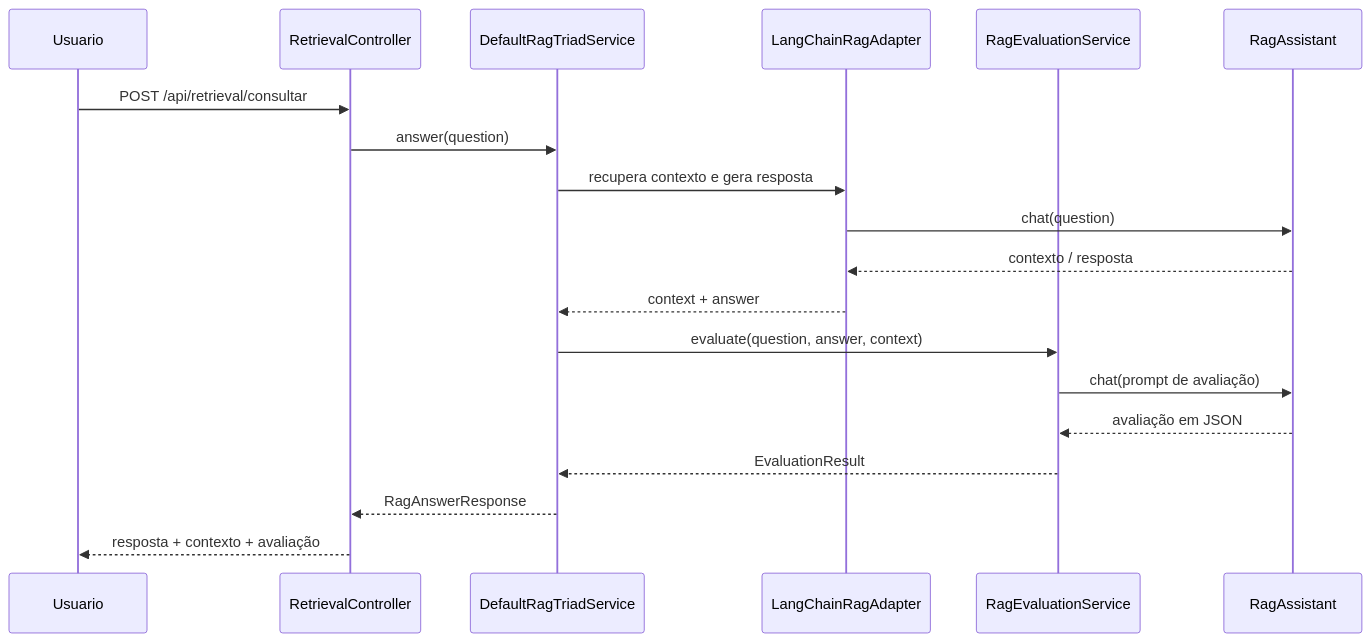
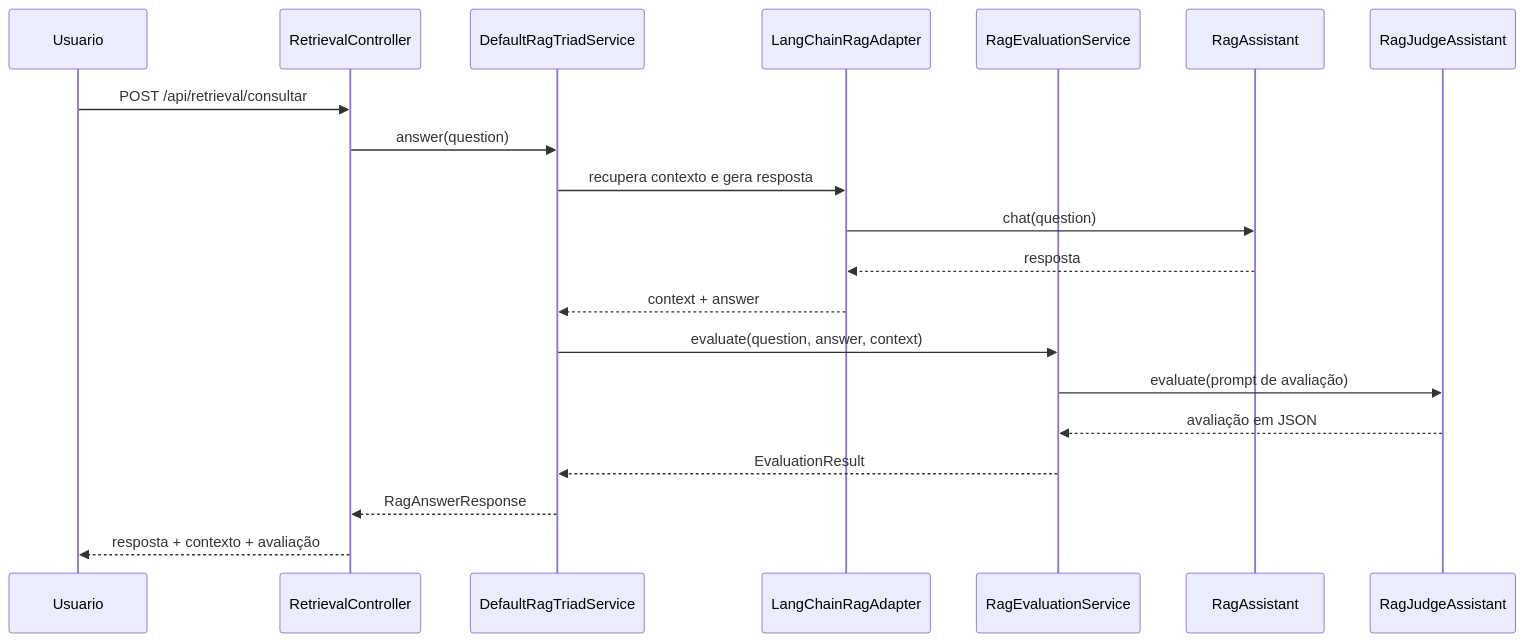
One commit to almeida1/easy-ragb changed the diagram in docs/rag-evaluation-sequence.md. Above: the diagram before and after it, drawn with Mermaid. The commit also changed 11 other files, not shown here.

````diff
--- a/docs/rag-evaluation-sequence.md
+++ b/docs/rag-evaluation-sequence.md
@@ -3,25 +3,26 @@
 ```mermaid
 sequenceDiagram
     participant Usuario
     participant Controller as RetrievalController
     participant Triad as DefaultRagTriadService
     participant Adapter as LangChainRagAdapter
     participant Evaluation as RagEvaluationService
-    participant LLM as RagAssistant
+    participant Tutor as RagAssistant
+    participant Judge as RagJudgeAssistant
 
     Usuario->>Controller: POST /api/retrieval/consultar
     Controller->>Triad: answer(question)
 
     Triad->>Adapter: recupera contexto e gera resposta
-    Adapter->>LLM: chat(question)
-    LLM-->>Adapter: contexto / resposta
+    Adapter->>Tutor: chat(question)
+    Tutor-->>Adapter: resposta
     Adapter-->>Triad: context + answer
 
     Triad->>Evaluation: evaluate(question, answer, context)
-    Evaluation->>LLM: chat(prompt de avaliação)
-    LLM-->>Evaluation: avaliação em JSON
+    Evaluation->>Judge: evaluate(prompt de avaliação)
+    Judge-->>Evaluation: avaliação em JSON
 
     Evaluation-->>Triad: EvaluationResult
     Triad-->>Controller: RagAnswerResponse
     Controller-->>Usuario: resposta + contexto + avaliação
 ```
````
